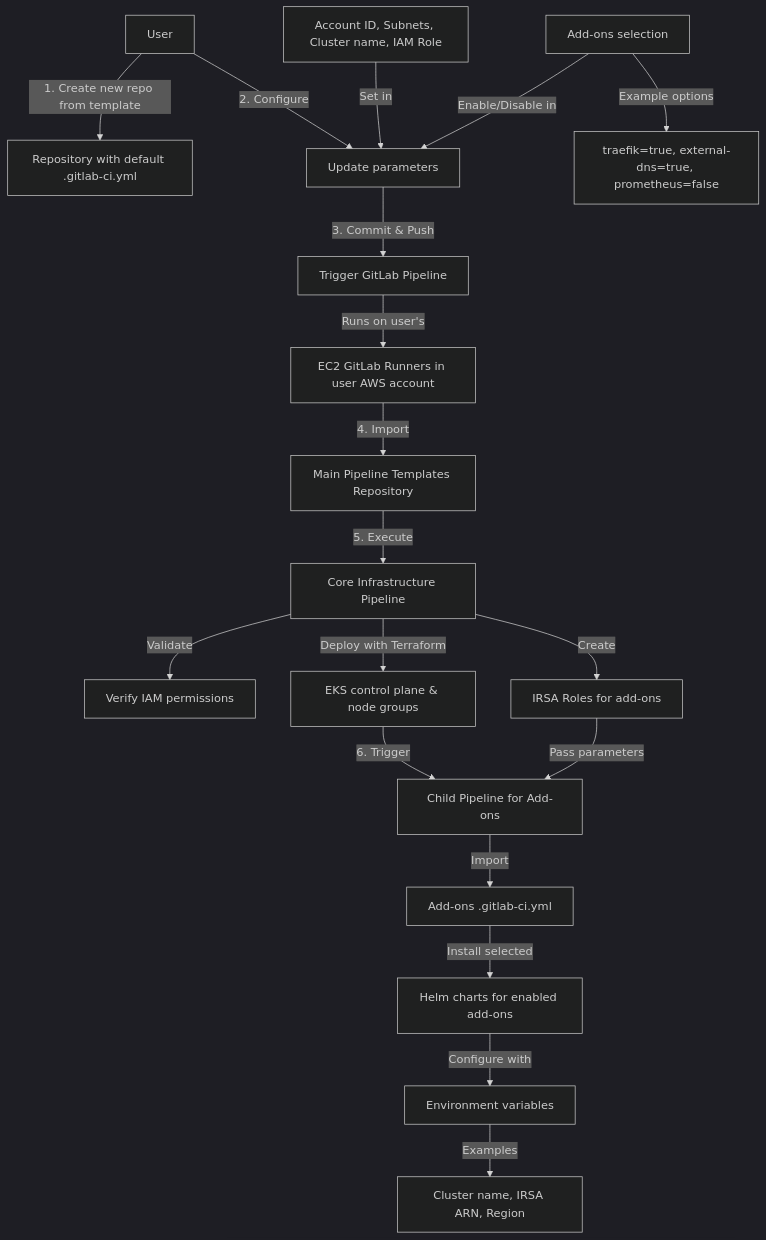
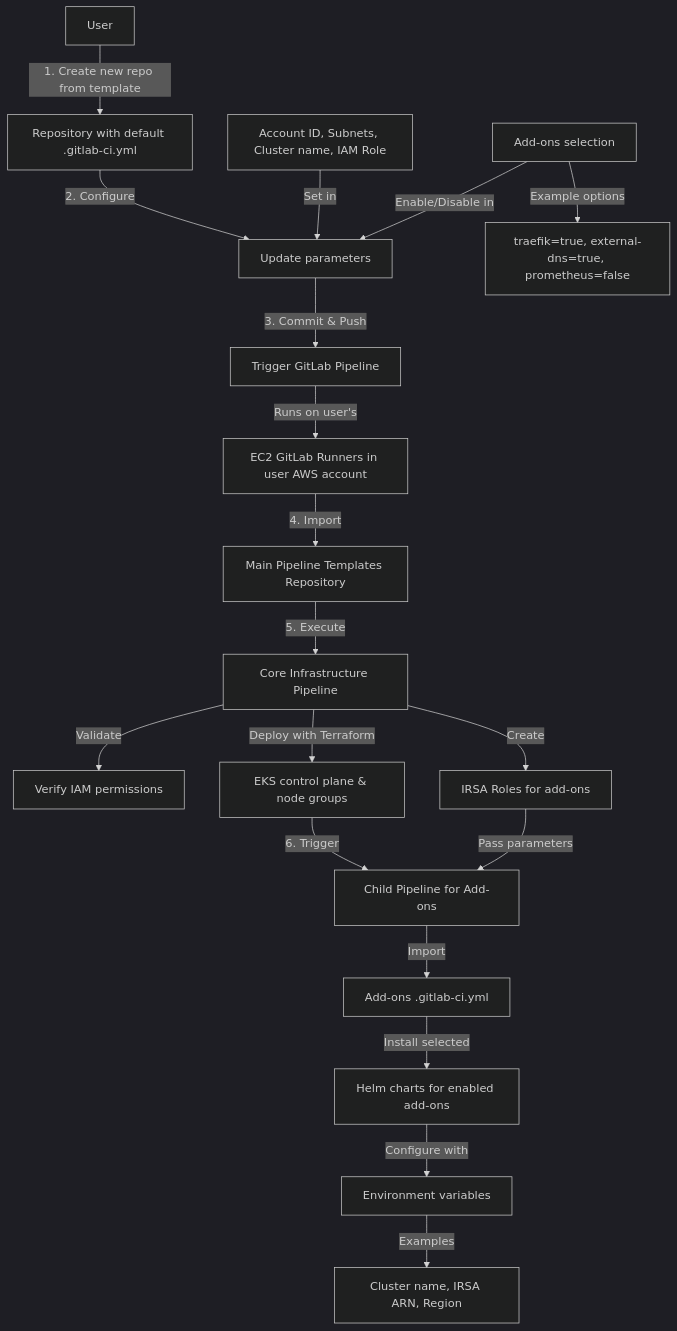
One commit to chiranj/terraform-trial changed the first of 5 diagrams in architecture.md. Above: the diagram before and after it, drawn with Mermaid (dark theme).

````diff
--- a/architecture.md
+++ b/architecture.md
@@ -21,24 +21,24 @@
 ```mermaid
 flowchart TD
     A[User] -->|1. Create new repo from template| B[Repository with default .gitlab-ci.yml]
-    A -->|2. Configure| C[Update parameters]
+    B -->|2. Configure| C[Update parameters]
     D[Account ID, Subnets, Cluster name, IAM Role] -->|Set in| C
     E[Add-ons selection] -->|Enable/Disable in| C
     E -->|Example options| F[traefik=true, external-dns=true, prometheus=false]
     
     C -->|3. Commit & Push| G[Trigger GitLab Pipeline]
     G -->|Runs on user's| H[EC2 GitLab Runners in user AWS account]
     H -->|4. Import| I[Main Pipeline Templates Repository]
     
     I -->|5. Execute| J[Core Infrastructure Pipeline]
     J -->|Validate| K[Verify IAM permissions]
     J -->|Deploy with Terraform| L[EKS control plane & node groups]
     J -->|Create| M[IRSA Roles for add-ons]
     
     L -->|6. Trigger| N[Child Pipeline for Add-ons]
     M -->|Pass parameters| N
     N -->|Import| O[Add-ons .gitlab-ci.yml]
     O -->|Install selected| P[Helm charts for enabled add-ons]
     P -->|Configure with| Q[Environment variables]
     Q -->|Examples| R[Cluster name, IRSA ARN, Region]
 ```
````
